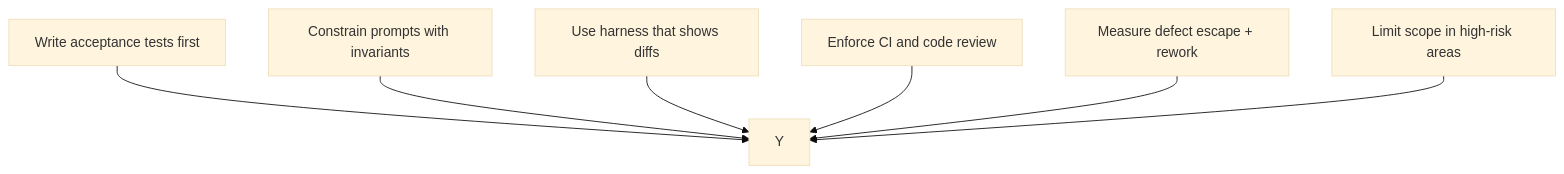
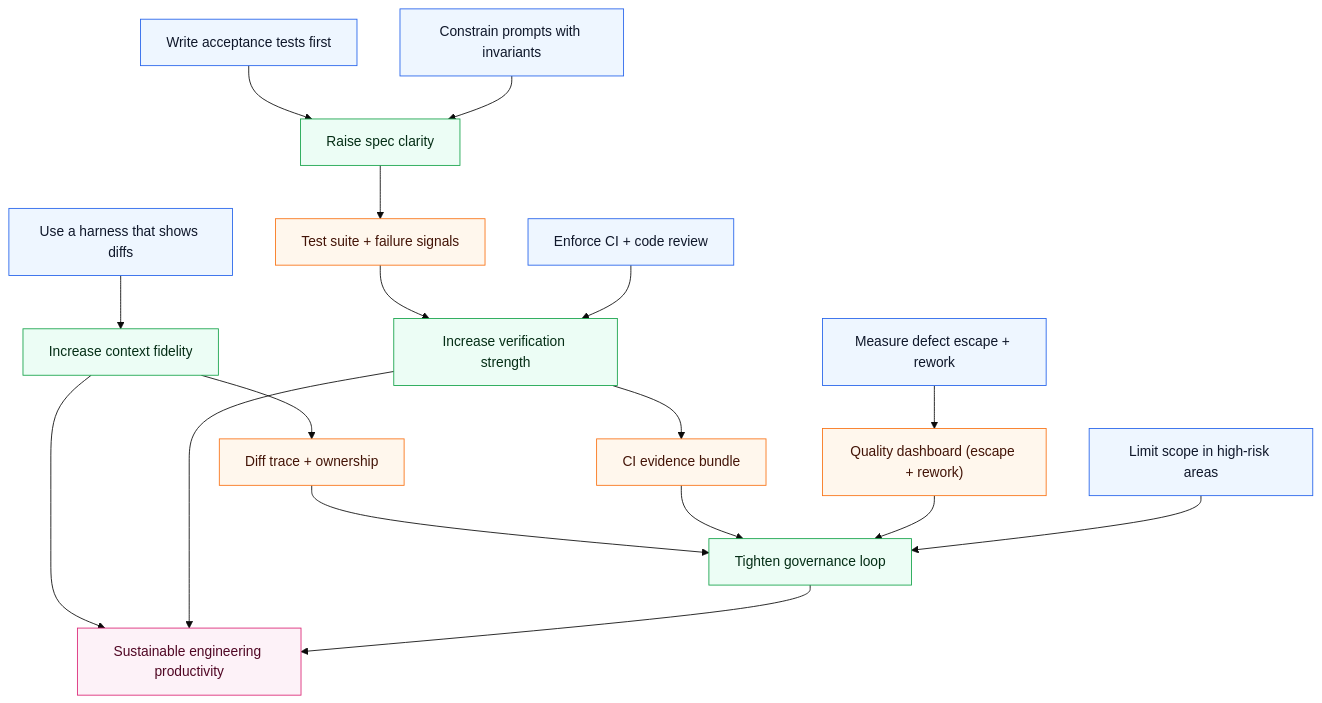
Before and after one commit to 5Reasons/5reasons.github.io: the third of 3 diagrams in docs/blog/posts/ai-coding-assistants-a-causal-framework.md, drawn with Mermaid (base theme). The commit also changed other lines of this file and 14 other files, not shown here.

First line of the commit message:
Refactor diagrams and improve clarity in blog posts and case studies

````diff
--- a/docs/blog/posts/ai-coding-assistants-a-causal-framework.md
+++ b/docs/blog/posts/ai-coding-assistants-a-causal-framework.md
@@ -119,9 +172,42 @@
 ```mermaid
-graph TD;
-  L1["Write acceptance tests first"] --> Y;
-  L2["Constrain prompts with invariants"] --> Y;
-  L3["Use harness that shows diffs"] --> Y;
-  L4["Enforce CI and code review"] --> Y;
-  L5["Measure defect escape + rework"] --> Y;
-  L6["Limit scope in high-risk areas"] --> Y;
+flowchart TB
+  %% Inputs / levers
+  L1["Write acceptance tests first"]:::i
+  L2["Constrain prompts with invariants"]:::i
+  L3["Use a harness that shows diffs"]:::i
+  L4["Enforce CI + code review"]:::i
+  L5["Measure defect escape + rework"]:::i
+  L6["Limit scope in high-risk areas"]:::i
+
+  %% Process targets
+  P1["Raise spec clarity"]:::p
+  P2["Increase context fidelity"]:::p
+  P3["Increase verification strength"]:::p
+  P4["Tighten governance loop"]:::p
+
+  %% Records / products
+  R1["Test suite + failure signals"]:::r
+  R2["Diff trace + ownership"]:::r
+  R3["CI evidence bundle"]:::r
+  R4["Quality dashboard (escape + rework)"]:::r
+
+  %% Outcome
+  Y["Sustainable engineering productivity"]:::o
+
+  L1 --> P1 --> R1 --> P3
+  L2 --> P1
+  L3 --> P2 --> R2 --> P4
+  L4 --> P3 --> R3 --> P4
+  L5 --> R4 --> P4
+  L6 --> P4
+
+  P2 --> Y
+  P3 --> Y
+  P4 --> Y
+
+  %% brModel styles
+  classDef i fill:#eef6ff,stroke:#2563eb,stroke-width:1px,color:#0f172a;
+  classDef p fill:#ecfdf5,stroke:#16a34a,stroke-width:1px,color:#052e16;
+  classDef r fill:#fff7ed,stroke:#f97316,stroke-width:1px,color:#431407;
+  classDef o fill:#fdf2f8,stroke:#db2777,stroke-width:1px,color:#500724;
 ```
````
